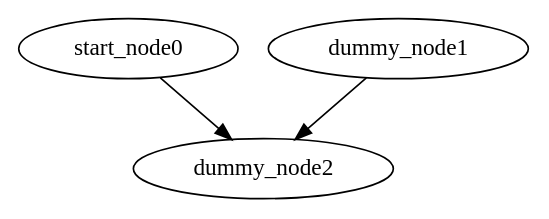
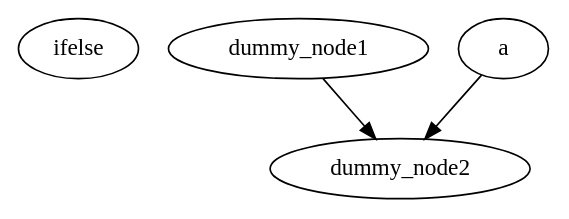
One commit to pranjalsingh4550/the-manhatthon-project changed the diagram in ast-example.dot. Above: the diagram before and after it, drawn with Graphviz. The commit also changed 2 other files, not shown here.

```diff
--- a/ast-example.dot
+++ b/ast-example.dot
@@ -1,10 +1,10 @@
 // THIS IS A TEMPLATE FOR DOT
 
 strict digraph ast {
-	node0 [label=start_node0];
-	node1 [label=dummy_node1];
+	ifelse [label=ifelse];
+	b [label=dummy_node1];
 	node2 [label=dummy_node2];
-	node1 -> node2 ;
-	node0 -> node2 ;
+	a -> node2 ;
+	b -> node2 ;
 	
 }
```
